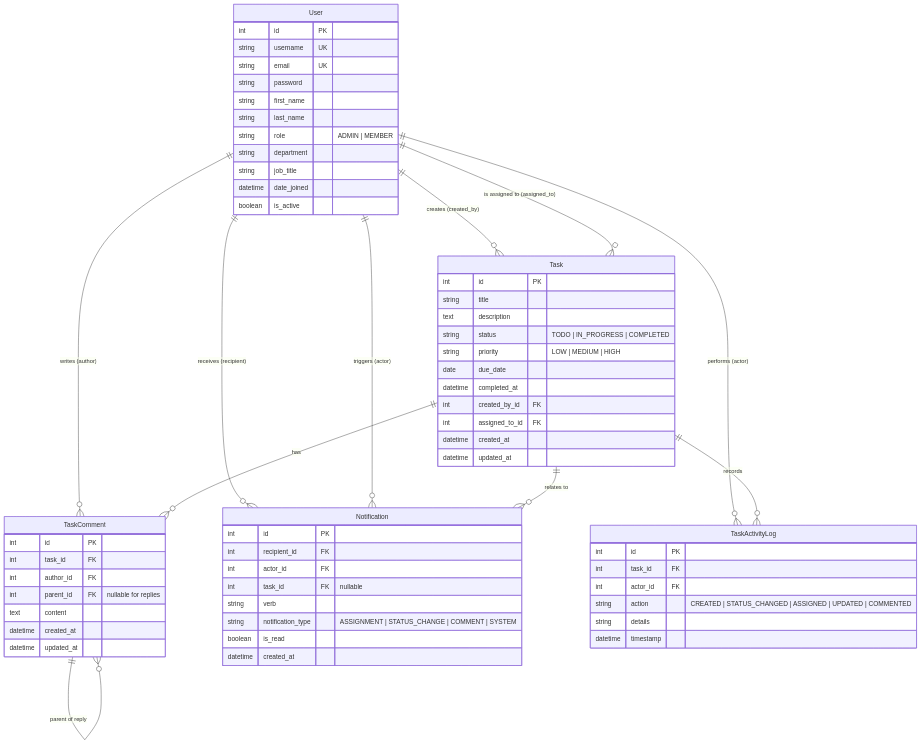
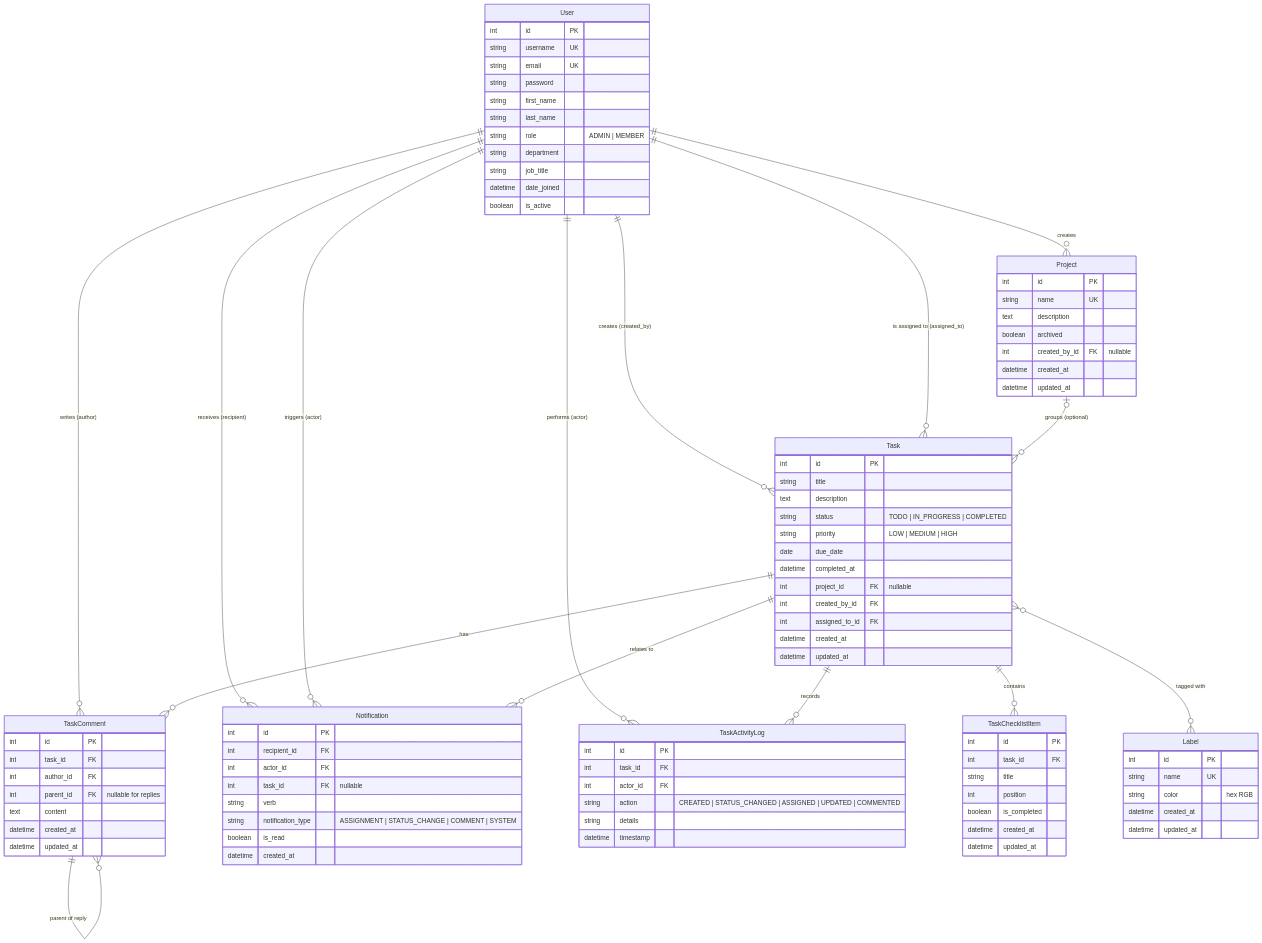
One commit to Devika199/TaskFlow changed the diagram in docs/database-design.md. Above: the diagram before and after it, drawn with Mermaid. The commit also changed other lines of this file and 48 other files, not shown here.

```diff
--- a/docs/database-design.md
+++ b/docs/database-design.md
@@ -7,6 +7,7 @@
 erDiagram
     User ||--o{ Task : "creates (created_by)"
     User ||--o{ Task : "is assigned to (assigned_to)"
+    User ||--o{ Project : "creates"
     User ||--o{ TaskComment : "writes (author)"
     User ||--o{ Notification : "receives (recipient)"
     User ||--o{ Notification : "triggers (actor)"
@@ -15,6 +16,9 @@
     Task ||--o{ TaskComment : "has"
     Task ||--o{ TaskActivityLog : "records"
     Task ||--o{ Notification : "relates to"
+    Project o|--o{ Task : "groups (optional)"
+    Task ||--o{ TaskChecklistItem : "contains"
+    Task }o--o{ Label : "tagged with"
     TaskComment ||--o{ TaskComment : "parent of reply"
 
     User {
@@ -39,8 +43,37 @@
         string priority "LOW | MEDIUM | HIGH"
         date due_date
         datetime completed_at
+        int project_id FK "nullable"
         int created_by_id FK
         int assigned_to_id FK
+        datetime created_at
+        datetime updated_at
+    }
+
+    Project {
+        int id PK
+        string name UK
+        text description
+        boolean archived
+        int created_by_id FK "nullable"
+        datetime created_at
+        datetime updated_at
+    }
+
+    Label {
+        int id PK
+        string name UK
+        string color "hex RGB"
+        datetime created_at
+        datetime updated_at
+    }
+
+    TaskChecklistItem {
+        int id PK
+        int task_id FK
+        string title
+        int position
+        boolean is_completed
         datetime created_at
         datetime updated_at
     }
```
